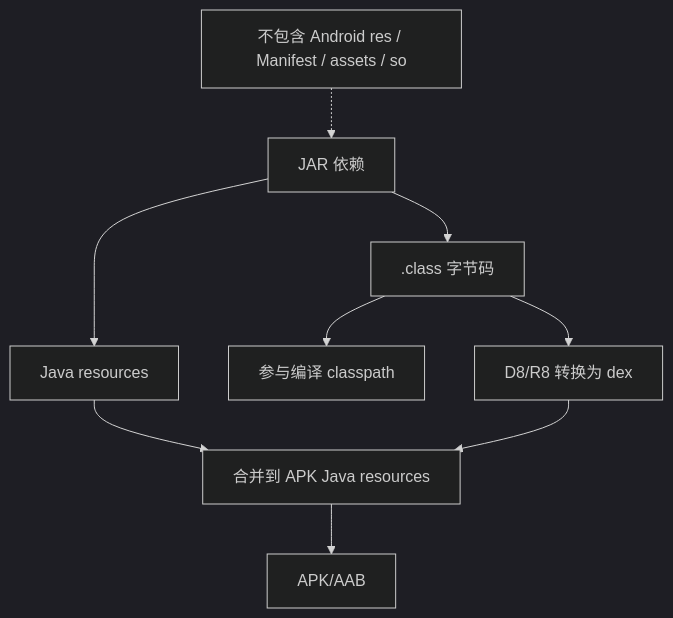
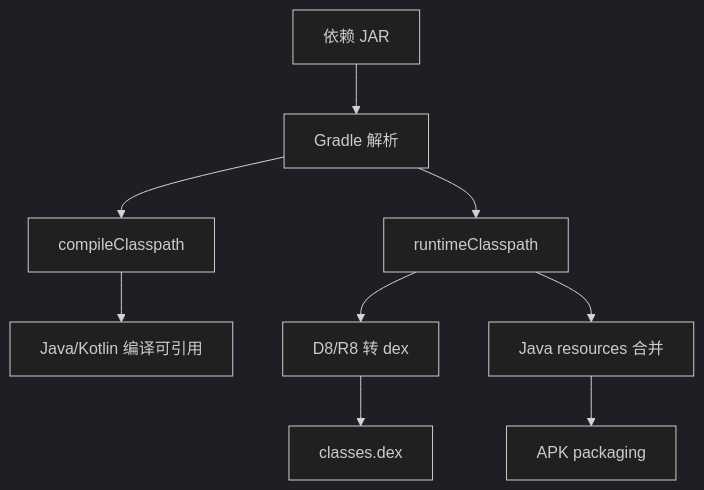
The third of 3 diagrams in android插件相关/Android打包流程.md (junyingzhao001/StudyNotes), drawn with Mermaid (dark theme) before and after one commit. The commit also changed other lines of this file and 3 other files, not shown here.

````diff
--- a/android插件相关/Android打包流程.md
+++ b/android插件相关/Android打包流程.md
@@ -1533,11 +1545,11 @@
 ```mermaid
-flowchart TB
-  JAR["JAR 依赖"] --> Classes[".class 字节码"]
-  JAR --> Resources["Java resources"]
-  Classes --> Compile["参与编译 classpath"]
-  Classes --> D8["D8/R8 转换为 dex"]
-  Resources --> Package["合并到 APK Java resources"]
-  D8 --> Package
-  Package --> APK["APK/AAB"]
-  Note["不包含 Android res / Manifest / assets / so"] -.-> JAR
+flowchart TD
+    A["依赖 JAR"] --> B["Gradle 解析"]
+    B --> C["compileClasspath"]
+    B --> D["runtimeClasspath"]
+    C --> E["Java/Kotlin 编译可引用"]
+    D --> F["D8/R8 转 dex"]
+    D --> G["Java resources 合并"]
+    F --> H["classes.dex"]
+    G --> I["APK packaging"]
 ```
````
